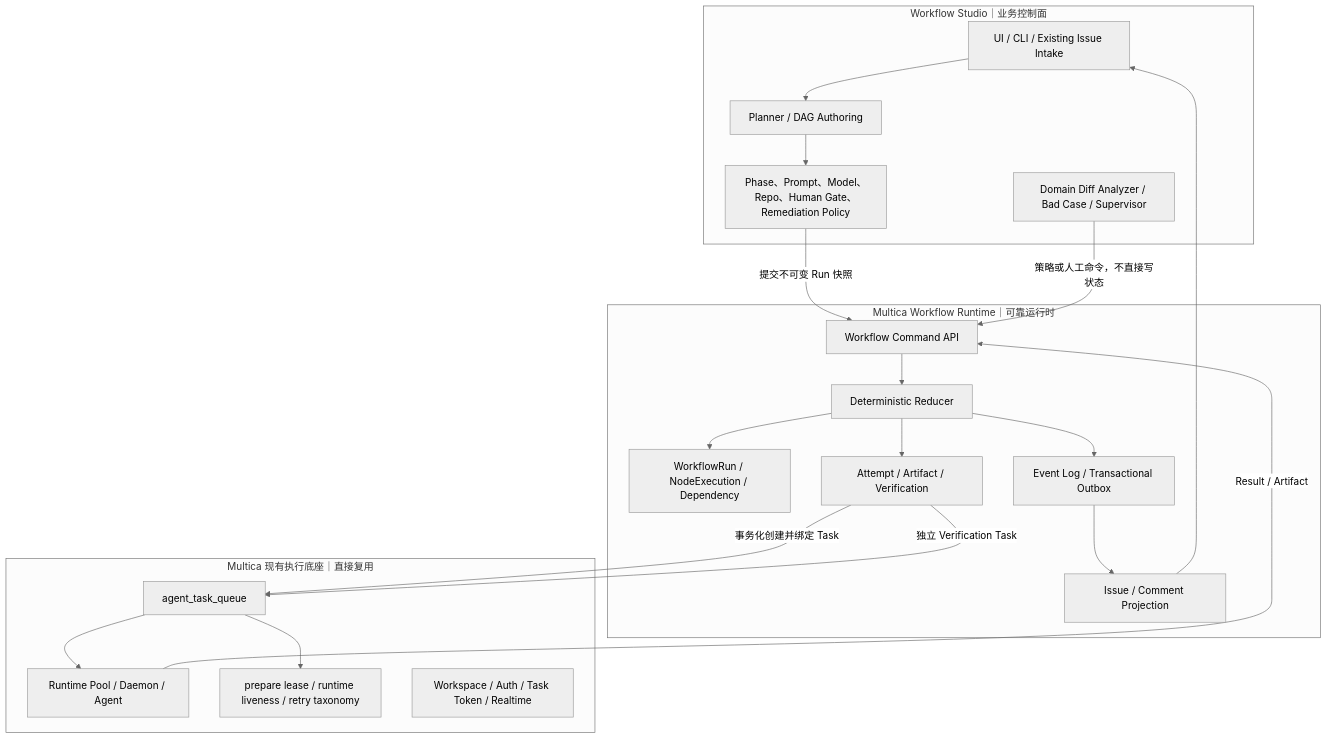
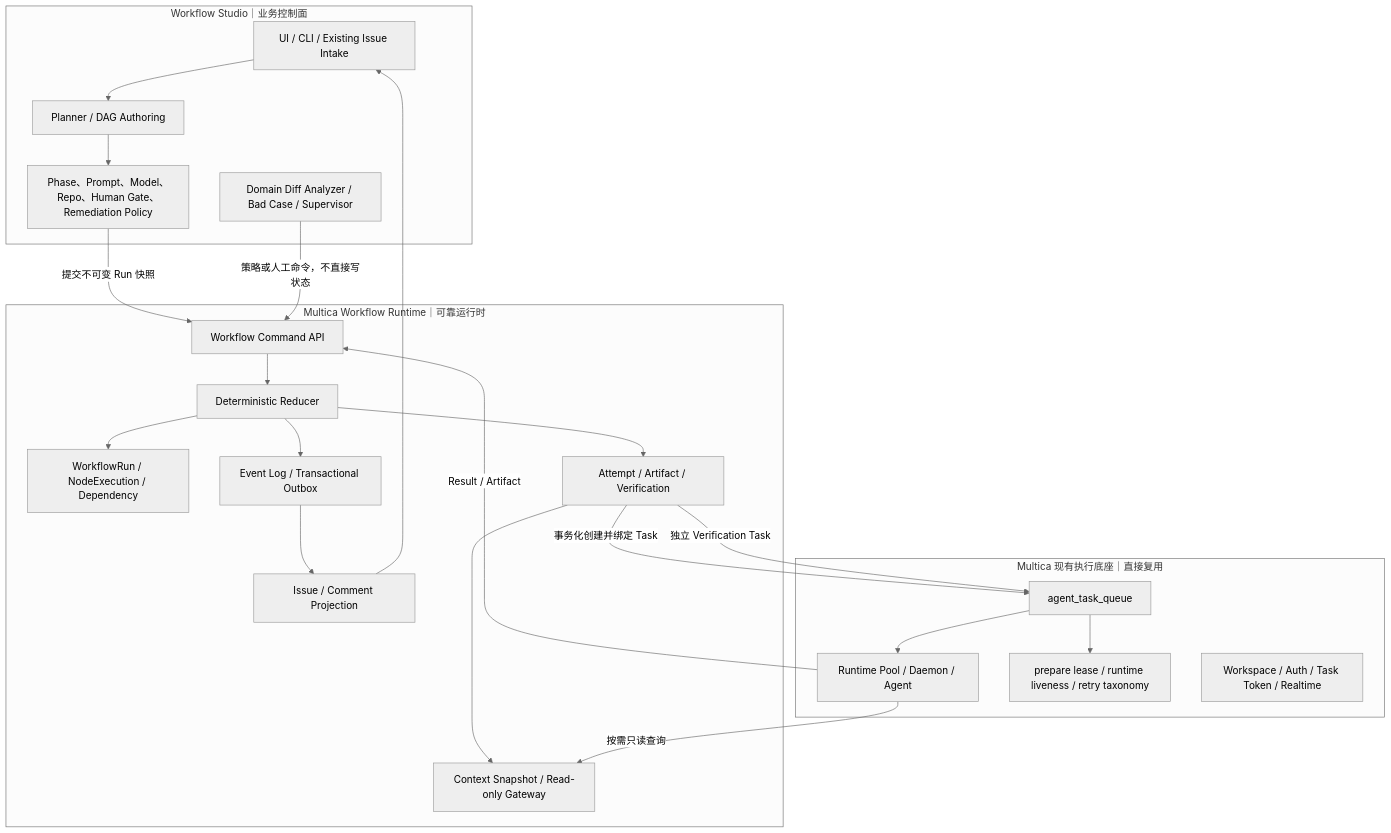
The diagram in docs/workflow-runtime/02-target-architecture-and-boundaries.md (Rjxshr1/multica), drawn with Mermaid (neutral theme) before and after one commit. The commit also changed other lines of this file and 4 other files, not shown here.

````diff
--- a/docs/workflow-runtime/02-target-architecture-and-boundaries.md
+++ b/docs/workflow-runtime/02-target-architecture-and-boundaries.md
@@ -17,40 +17,43 @@
 ```mermaid
 flowchart TB
     subgraph STUDIO["Workflow Studio｜业务控制面"]
         UI["UI / CLI / Existing Issue Intake"]
         PL["Planner / DAG Authoring"]
         DS["Phase、Prompt、Model、Repo、Human Gate、Remediation Policy"]
         DIFF["Domain Diff Analyzer / Bad Case / Supervisor"]
     end
 
     subgraph CORE["Multica Workflow Runtime｜可靠运行时"]
         API["Workflow Command API"]
         RED["Deterministic Reducer"]
         RUN["WorkflowRun / NodeExecution / Dependency"]
         ATT["Attempt / Artifact / Verification"]
+        CTX["Context Snapshot / Read-only Gateway"]
         EVT["Event Log / Transactional Outbox"]
         PROJ["Issue / Comment Projection"]
     end
 
     subgraph EXISTING["Multica 现有执行底座｜直接复用"]
         TQ["agent_task_queue"]
         RT["Runtime Pool / Daemon / Agent"]
         REC["prepare lease / runtime liveness / retry taxonomy"]
         AUTH["Workspace / Auth / Task Token / Realtime"]
     end
 
     UI --> PL --> DS
     DS -->|"提交不可变 Run 快照"| API
     API --> RED
     RED --> RUN
     RED --> ATT
+    ATT --> CTX
     RED --> EVT
     ATT -->|"事务化创建并绑定 Task"| TQ
     TQ --> RT
     RT -->|"Result / Artifact"| API
+    RT -->|"按需只读查询"| CTX
     ATT -->|"独立 Verification Task"| TQ
     TQ --> REC
     EVT --> PROJ
     PROJ --> UI
     DIFF -->|"策略或人工命令，不直接写状态"| API
 ```
````
